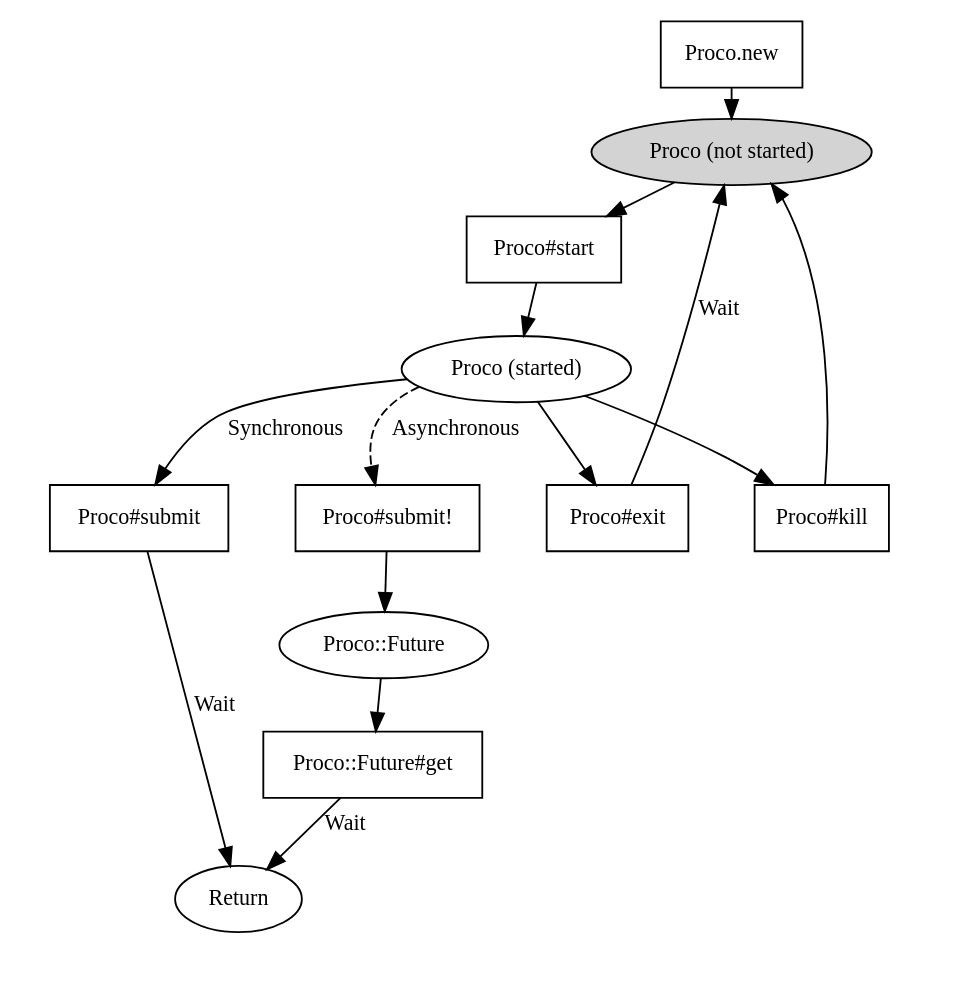
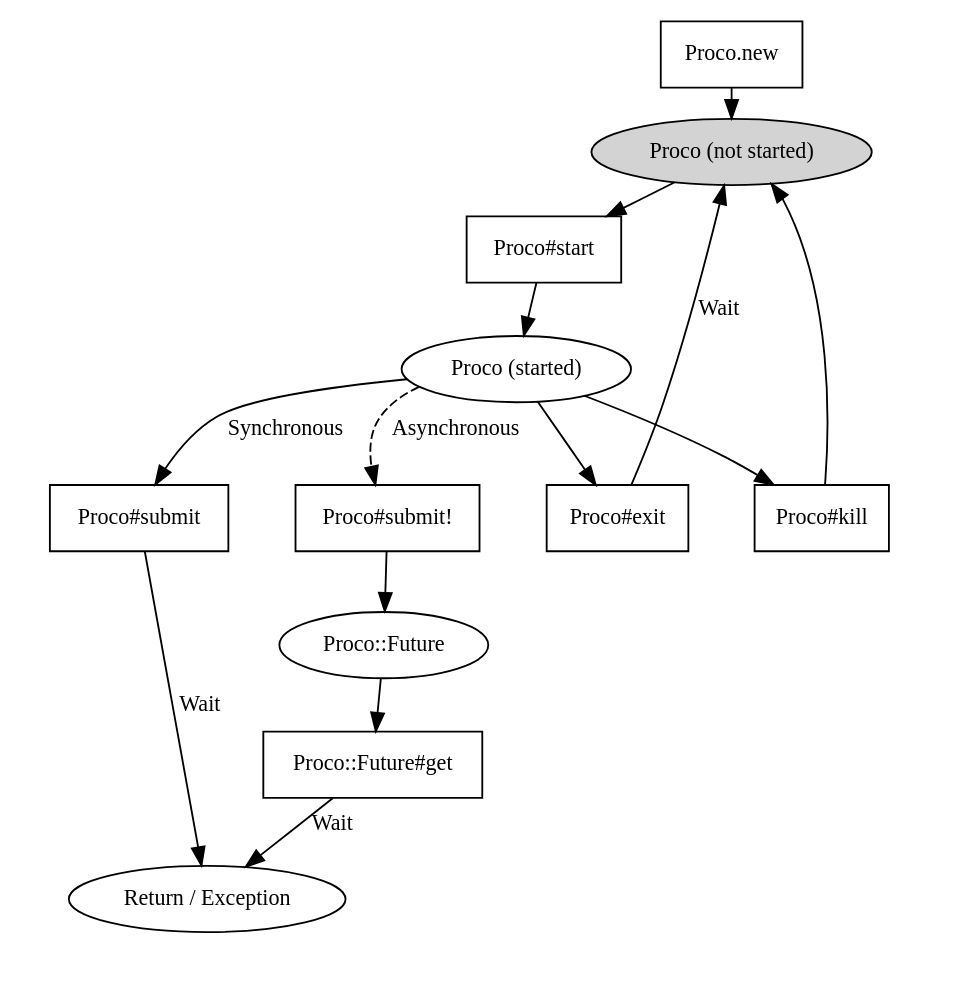
One commit to junegunn/proco changed the diagram in viz/proco-lifecycle.dot. Above: the diagram before and after it, drawn with Graphviz. The commit also changed 7 other files, not shown here.

```diff
--- a/viz/proco-lifecycle.dot
+++ b/viz/proco-lifecycle.dot
@@ -1,43 +1,43 @@
 digraph G {
   graph [fontname = "Gill Sans", fontsize = 12];
   node  [fontname = "Gill Sans", fontsize = 12, shape = rect];
   edge  [fontname = "Gill Sans", fontsize = 12];
 
   rankdir = TB;
   nodesep = 0.5;
   ranksep = 0.1;
 
   new        [label = "Proco.new"];
   proco1     [label = "Proco (not started)" shape = oval, style = filled];
   proco2     [label = "Proco (started)" shape = oval];
   start      [label = "Proco#start"];
   submit     [label = "Proco#submit"];
   submita    [label = "Proco#submit!"];
   future     [label = "Proco::Future", shape = oval];
   future_get [label = "Proco::Future#get"];
 
   new -> proco1 -> start -> proco2;
   proco2 -> submit [label = "Synchronous"];
-  submit -> Return [label = "Wait"];
+  submit -> "Return / Exception" [label = "Wait"];
   proco2 -> submita [label = "Asynchronous", style = dashed];
   submita -> future -> future_get;
-  future_get -> Return [label = "Wait"];
+  future_get -> "Return / Exception" [label = "Wait"];
 
   subgraph cluster_ops {
     graph [style = invis];
     submit;
     submita;
     subgraph cluster_x {
       exit [label = "Proco#exit"];
       kill [label = "Proco#kill"];
     }
   }
   proco2 -> exit;
   exit -> proco1 [label = "Wait"];
   proco2 -> kill -> proco1;
 
   subgraph cluster_end {
     graph  [style = invis];
-    Return [shape = oval];
+    "Return / Exception" [shape = oval];
   }
 }
```
